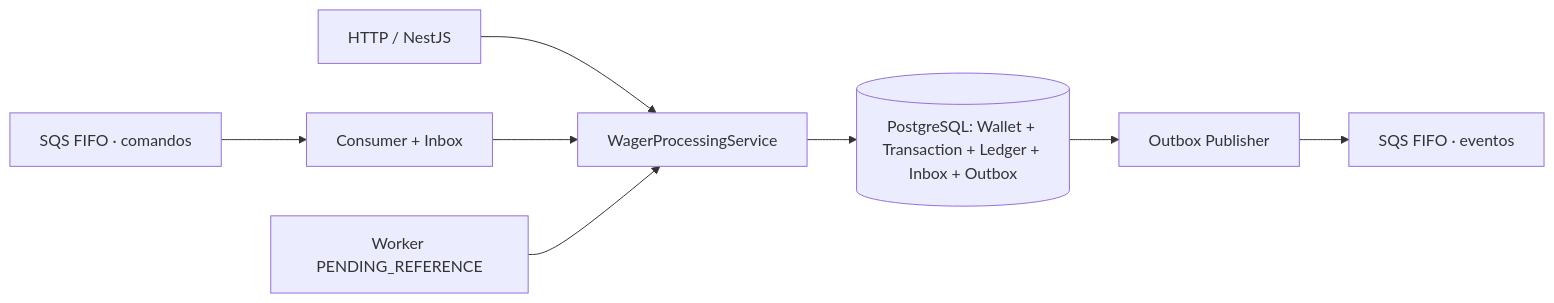
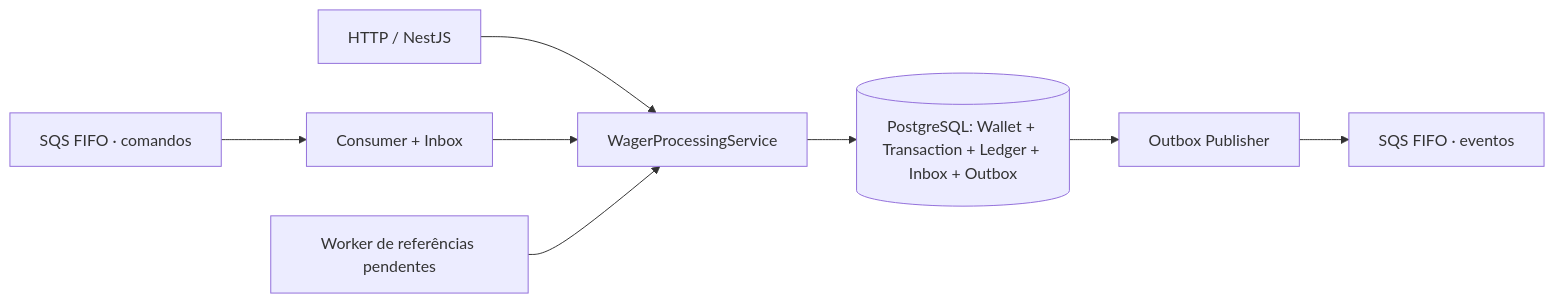
Before and after one commit to RicardoSenna4/jungle-gaming-backend: the diagram in README.md, drawn with Mermaid. The commit also changed other lines of this file, not shown here.

````diff
--- a/README.md
+++ b/README.md
@@ -104,10 +61,10 @@
 ```mermaid
 flowchart LR
   HTTP["HTTP / NestJS"] --> UC["WagerProcessingService"]
   Q["SQS FIFO · comandos"] --> IN["Consumer + Inbox"]
   IN --> UC
-  P["Worker PENDING_REFERENCE"] --> UC
+  P["Worker de referências pendentes"] --> UC
   UC --> DB[("PostgreSQL: Wallet + Transaction + Ledger + Inbox + Outbox")]
   DB --> PUB["Outbox Publisher"]
   PUB --> E["SQS FIFO · eventos"]
 ```
````
